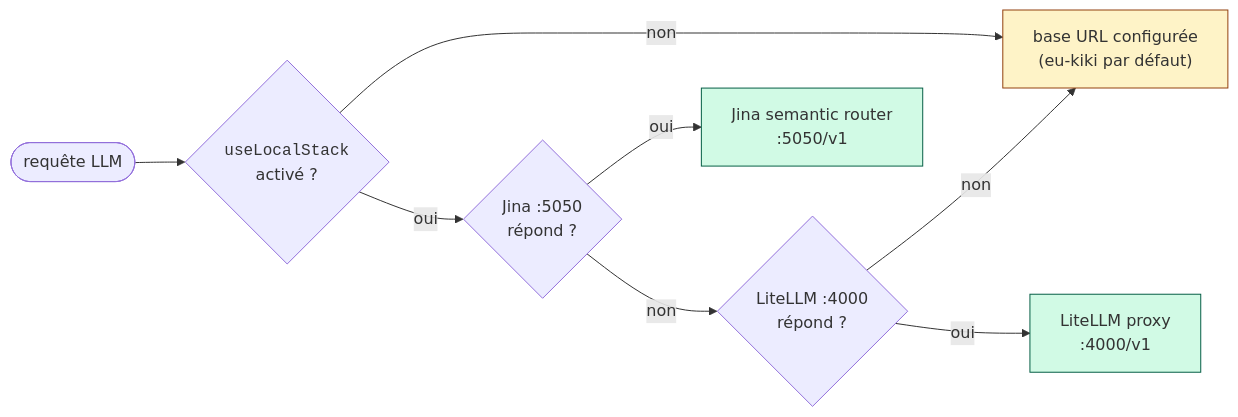
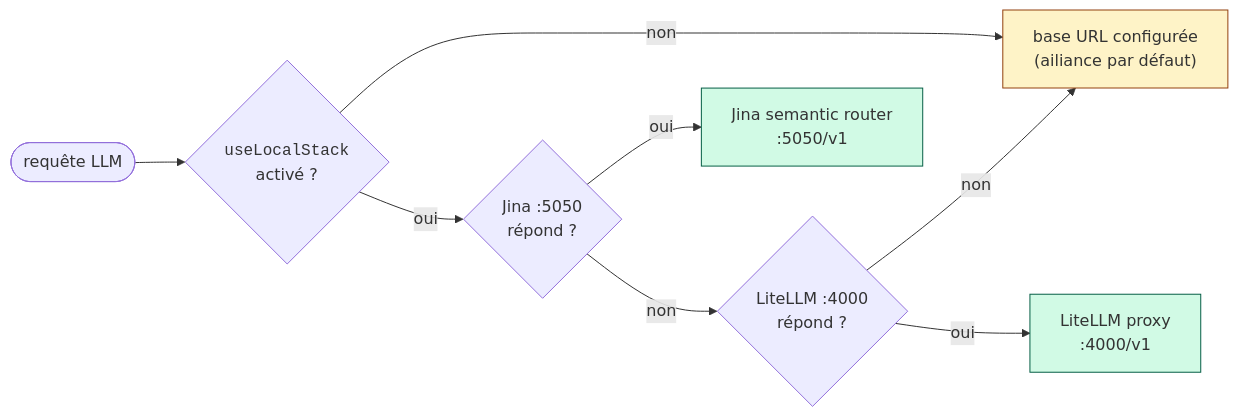
The fifth of 5 diagrams in README.md (ailiance/ailiance-agent), drawn with Mermaid before and after one commit. The commit also changed other lines of this file and 90 other files, not shown here.

````diff
--- a/README.md
+++ b/README.md
@@ -344,20 +344,20 @@
 ```mermaid
 flowchart LR
     REQ([requête LLM])
     USE{<code>useLocalStack</code><br/>activé ?}
     PROBE1{Jina :5050<br/>répond ?}
     PROBE2{LiteLLM :4000<br/>répond ?}
 
     REQ --> USE
-    USE -- non --> CONF["base URL configurée<br/>(eu-kiki par défaut)"]
+    USE -- non --> CONF["base URL configurée<br/>(ailiance par défaut)"]
     USE -- oui --> PROBE1
     PROBE1 -- oui --> J["Jina semantic router<br/>:5050/v1"]
     PROBE1 -- non --> PROBE2
     PROBE2 -- oui --> LL["LiteLLM proxy<br/>:4000/v1"]
     PROBE2 -- non --> CONF
 
     classDef ok fill:#d1fae5,stroke:#065f46
     classDef miss fill:#fef3c7,stroke:#92400e
     class J,LL ok
     class CONF miss
 ```
````
